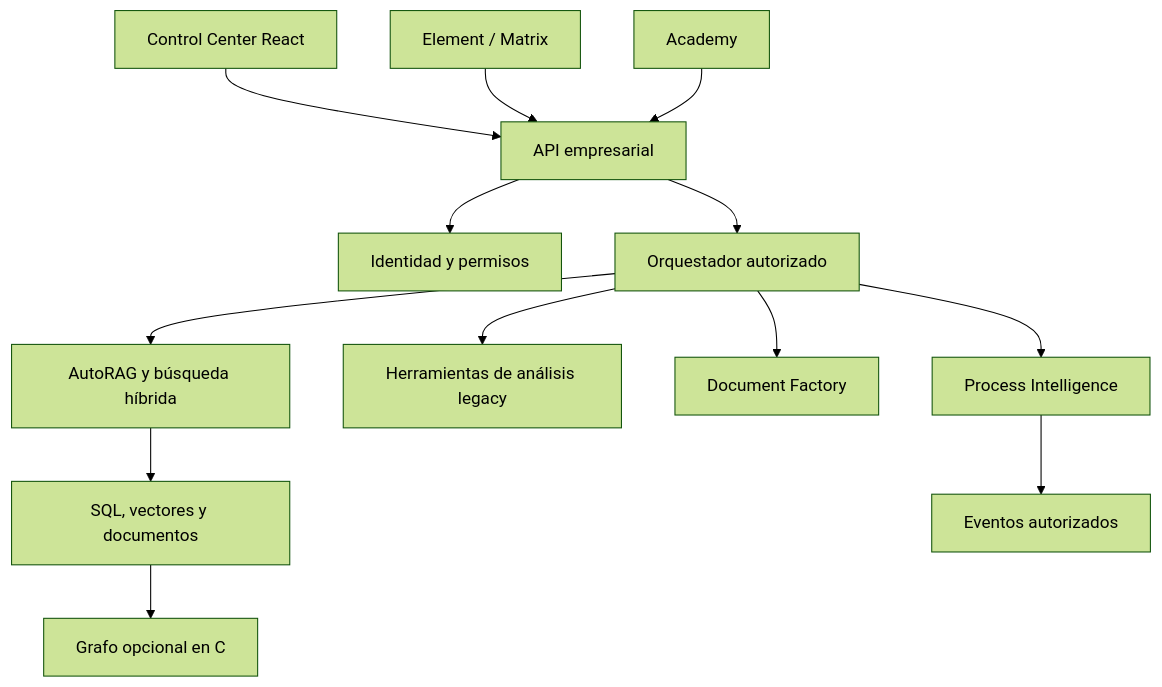
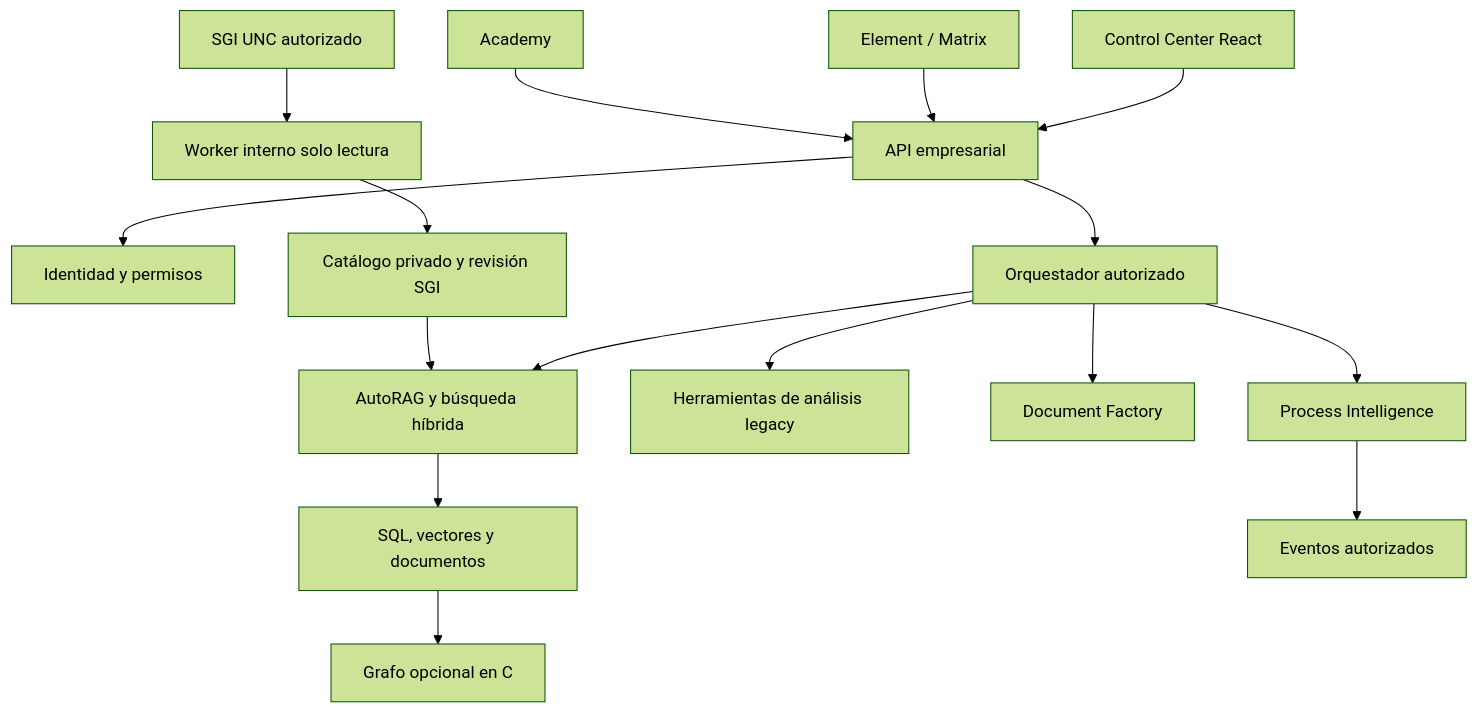
Before and after one commit to lilpne25-ui/AdeA-Os: the diagram in docs/01-architecture.md, drawn with Mermaid (forest theme). The commit also changed other lines of this file, not shown here.

Commit message:
docs: integrate SGI discovery into docs/01-architecture.md

````diff
--- a/docs/01-architecture.md
+++ b/docs/01-architecture.md
@@ -4,15 +4,18 @@
 ```mermaid
 flowchart TD
   UI[Control Center React] --> API[API empresarial]
   EL[Element / Matrix] --> API
   LMS[Academy] --> API
   API --> IAM[Identidad y permisos]
   API --> ORQ[Orquestador autorizado]
   ORQ --> RAG[AutoRAG y búsqueda híbrida]
   ORQ --> REA[Herramientas de análisis legacy]
   ORQ --> DOC[Document Factory]
   ORQ --> PROC[Process Intelligence]
+  SGI[SGI UNC autorizado] --> SCAN[Worker interno solo lectura]
+  SCAN --> CAT[Catálogo privado y revisión SGI]
+  CAT --> RAG
   RAG --> STORE[SQL, vectores y documentos]
   PROC --> EVENTS[Eventos autorizados]
   STORE --> GRAPH[Grafo opcional en C]
 ```
````
